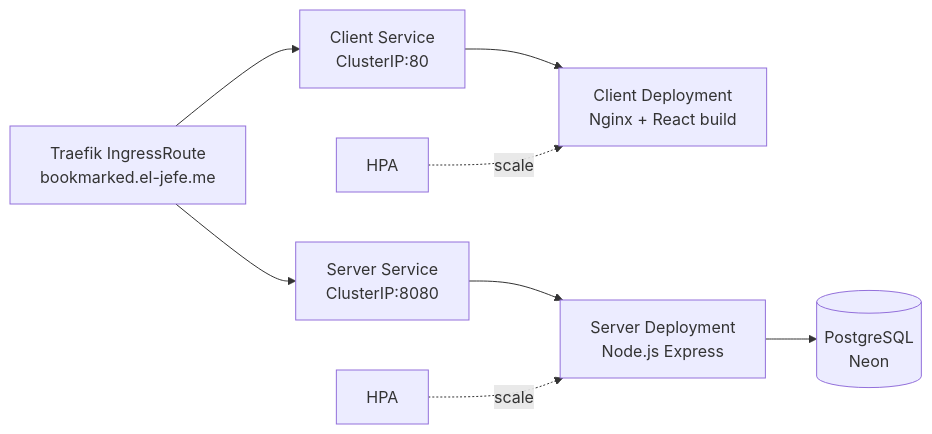
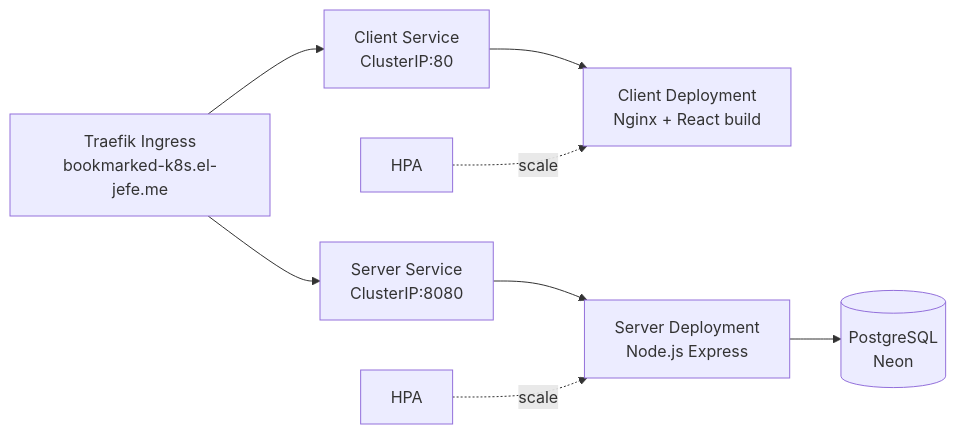
One commit to maxjeffwell/portfolio-gatsby changed the second of 2 diagrams in docs-site/docs/kubernetes/cluster-topology.md. Above: the diagram before and after it, drawn with Mermaid. The commit also changed other lines of this file and 3 other files, not shown here.

````diff
--- a/docs-site/docs/kubernetes/cluster-topology.md
+++ b/docs-site/docs/kubernetes/cluster-topology.md
@@ -66,10 +66,10 @@
 ```mermaid
 graph LR
-    TR[Traefik IngressRoute<br/>bookmarked.el-jefe.me] --> CS[Client Service<br/>ClusterIP:80]
+    TR[Traefik Ingress<br/>bookmarked-k8s.el-jefe.me] --> CS[Client Service<br/>ClusterIP:80]
     TR --> SS[Server Service<br/>ClusterIP:8080]
     CS --> CD[Client Deployment<br/>Nginx + React build]
     SS --> SD[Server Deployment<br/>Node.js Express]
     SD --> DB[(PostgreSQL<br/>Neon)]
     HPA1[HPA] -.->|scale| CD
     HPA2[HPA] -.->|scale| SD
 ```
````
